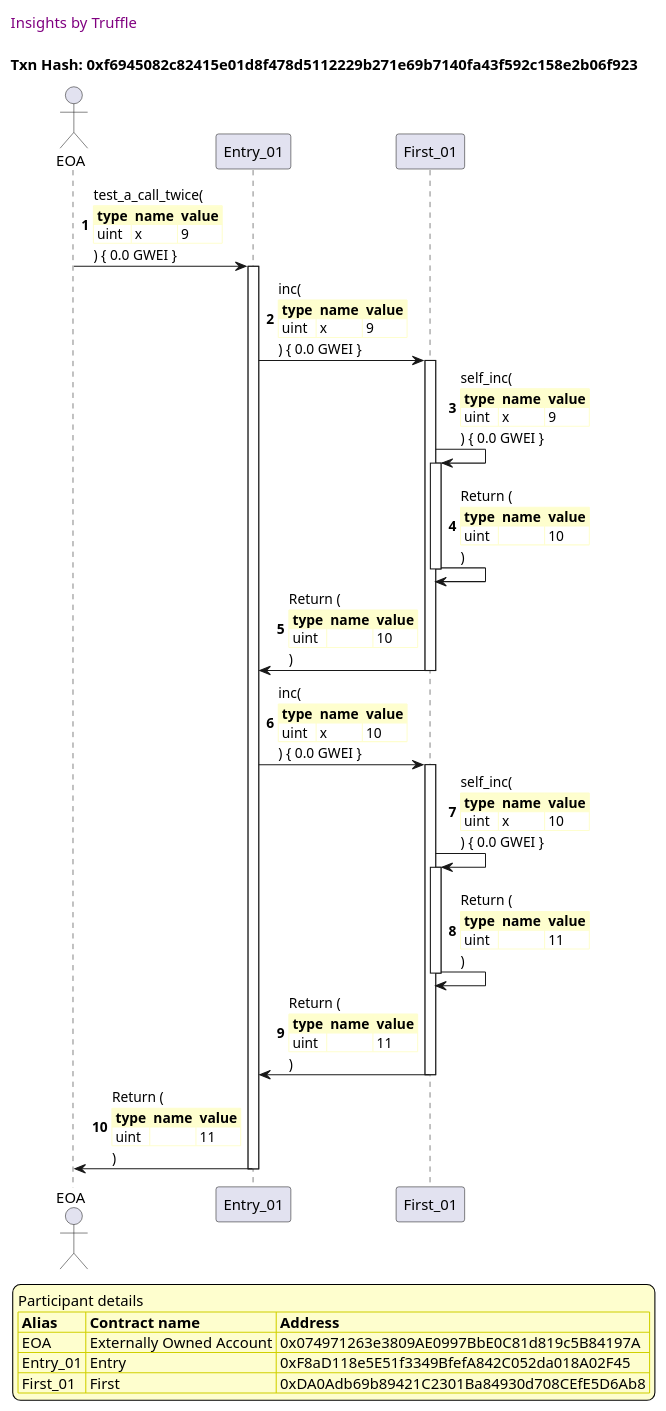
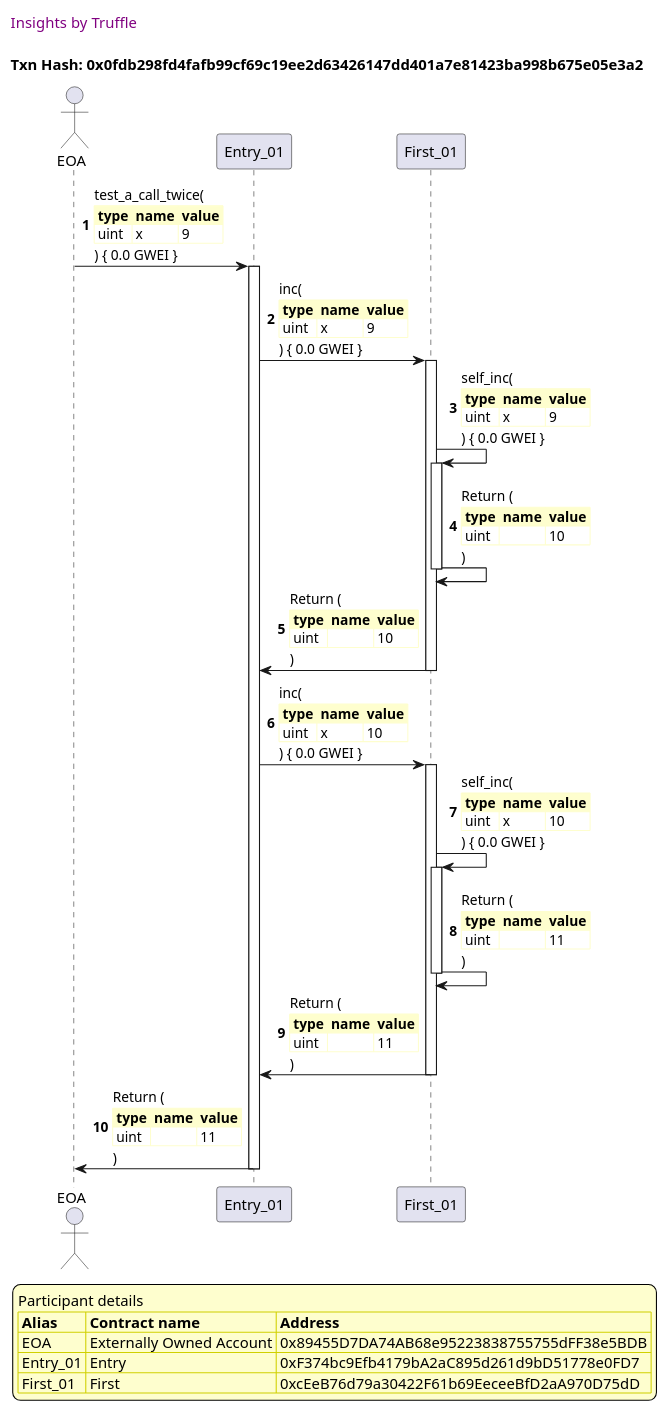
One commit to trufflesuite/txlog-seedlings changed the fifth of 8 diagrams in truffle-seq/basics.md. Above: the diagram before and after it, drawn with PlantUML. The commit also changed other lines of this file and 8 other files, not shown here.

````diff
--- a/truffle-seq/basics.md
+++ b/truffle-seq/basics.md
@@ -225,77 +225,77 @@
 ```plantuml
 
 
 @startuml
 
 autonumber
 skinparam legendBackgroundColor #FEFECE
 
 <style>
       header {
         HorizontalAlignment left
         FontColor purple
         FontSize 14
         Padding 10
       }
     </style>
 
 header Insights by Truffle
 
-title Txn Hash: 0xf6945082c82415e01d8f478d5112229b271e69b7140fa43f592c158e2b06f923
+title Txn Hash: 0x0fdb298fd4fafb99cf69c19ee2d63426147dd401a7e81423ba998b675e05e3a2
 
 
 actor EOA as "EOA"
 participant Entry_01 as "Entry_01"
 participant First_01 as "First_01"
 
 "EOA" -> "Entry_01" ++: test_a_call_twice(\n\
 <#FEFECE,#FEFECE>|= type |= name |= value |\n\
 | uint | x | 9 |\n\
 ) { 0.0 GWEI }
 "Entry_01" -> "First_01" ++: inc(\n\
 <#FEFECE,#FEFECE>|= type |= name |= value |\n\
 | uint | x | 9 |\n\
 ) { 0.0 GWEI }
 "First_01" -> "First_01" ++: self_inc(\n\
 <#FEFECE,#FEFECE>|= type |= name |= value |\n\
 | uint | x | 9 |\n\
 ) { 0.0 GWEI }
 "First_01" -> "First_01" --: Return (\n\
 <#FEFECE,#FEFECE>|= type |= name |= value |\n\
 | uint |  | 10 |\n\
 )
 "First_01" -> "Entry_01" --: Return (\n\
 <#FEFECE,#FEFECE>|= type |= name |= value |\n\
 | uint |  | 10 |\n\
 )
 "Entry_01" -> "First_01" ++: inc(\n\
 <#FEFECE,#FEFECE>|= type |= name |= value |\n\
 | uint | x | 10 |\n\
 ) { 0.0 GWEI }
 "First_01" -> "First_01" ++: self_inc(\n\
 <#FEFECE,#FEFECE>|= type |= name |= value |\n\
 | uint | x | 10 |\n\
 ) { 0.0 GWEI }
 "First_01" -> "First_01" --: Return (\n\
 <#FEFECE,#FEFECE>|= type |= name |= value |\n\
 | uint |  | 11 |\n\
 )
 "First_01" -> "Entry_01" --: Return (\n\
 <#FEFECE,#FEFECE>|= type |= name |= value |\n\
 | uint |  | 11 |\n\
 )
 "Entry_01" -> "EOA" --: Return (\n\
 <#FEFECE,#FEFECE>|= type |= name |= value |\n\
 | uint |  | 11 |\n\
 )
 
 legend
 Participant details
 <#FEFECE,#D0D000>|= Alias |= Contract name |= Address |
-<#FEFECE>| EOA | Externally Owned Account | 0x074971263e3809AE0997BbE0C81d819c5B84197A |
-<#FEFECE>| Entry_01 | Entry | 0xF8aD118e5E51f3349BfefA842C052da018A02F45 |
-<#FEFECE>| First_01 | First | 0xDA0Adb69b89421C2301Ba84930d708CEfE5D6Ab8 |
+<#FEFECE>| EOA | Externally Owned Account | 0x89455D7DA74AB68e95223838755755dFF38e5BDB |
+<#FEFECE>| Entry_01 | Entry | 0xF374bc9Efb4179bA2aC895d261d9bD51778e0FD7 |
+<#FEFECE>| First_01 | First | 0xcEeB76d79a30422F61b69EeceeBfD2aA970D75dD |
 endlegend
 
 @enduml
 ```
````
